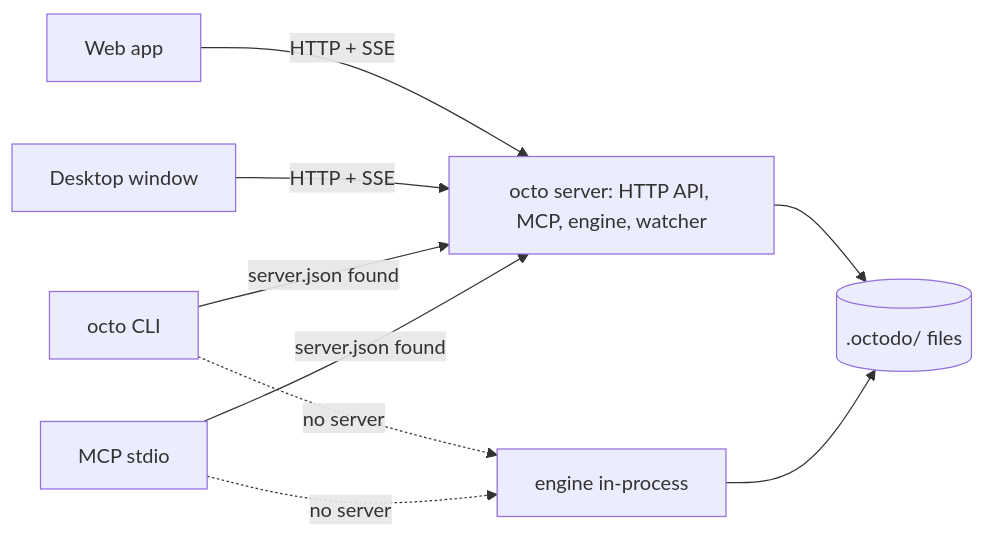
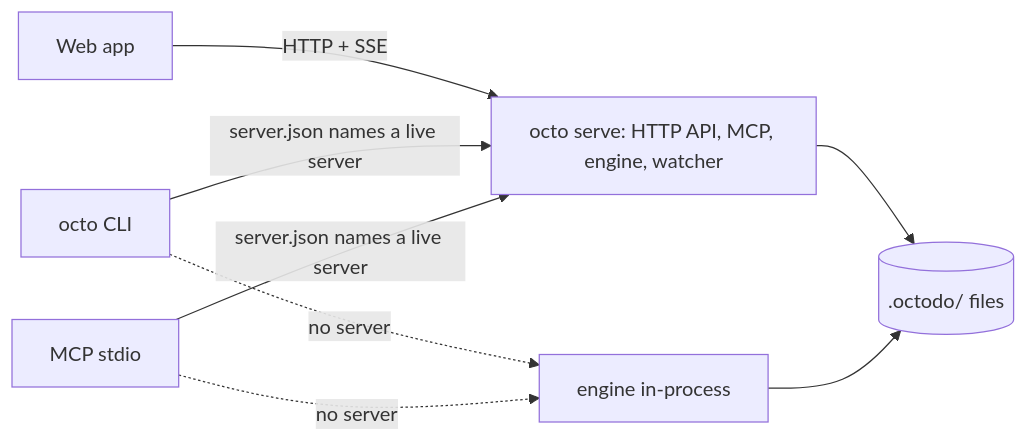
One commit to cagdotin/octodo changed the diagram in docs/architecture.md. Above: the diagram before and after it, drawn with Mermaid. The commit also changed other lines of this file and 17 other files, not shown here.

First line of the commit message:
feat(server): server.json names the running server, and a path may name a folder (OCT-54)

````diff
--- a/docs/architecture.md
+++ b/docs/architecture.md
@@ -25,11 +11,10 @@
 ```mermaid
 flowchart LR
   web[Web app] -->|HTTP + SSE| srv
-  desk[Desktop window] -->|HTTP + SSE| srv
-  cli[octo CLI] -->|server.json found| srv
-  mcp[MCP stdio] -->|server.json found| srv
+  cli[octo CLI] -->|server.json names a live server| srv
+  mcp[MCP stdio] -->|server.json names a live server| srv
   cli -.->|no server| eng[engine in-process]
   mcp -.->|no server| eng
-  srv[octo server: HTTP API, MCP, engine, watcher] --> files[(.octodo/ files)]
+  srv[octo serve: HTTP API, MCP, engine, watcher] --> files[(.octodo/ files)]
   eng --> files
 ```
````
